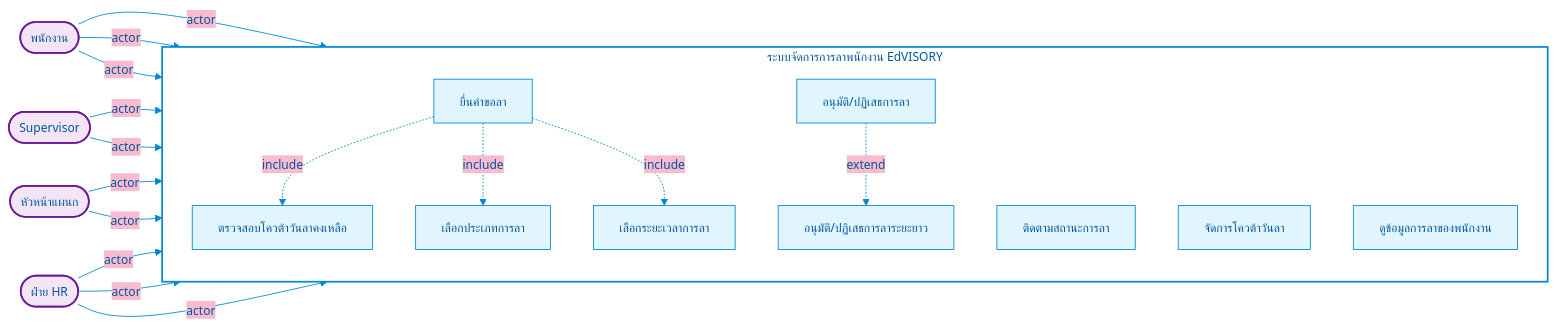
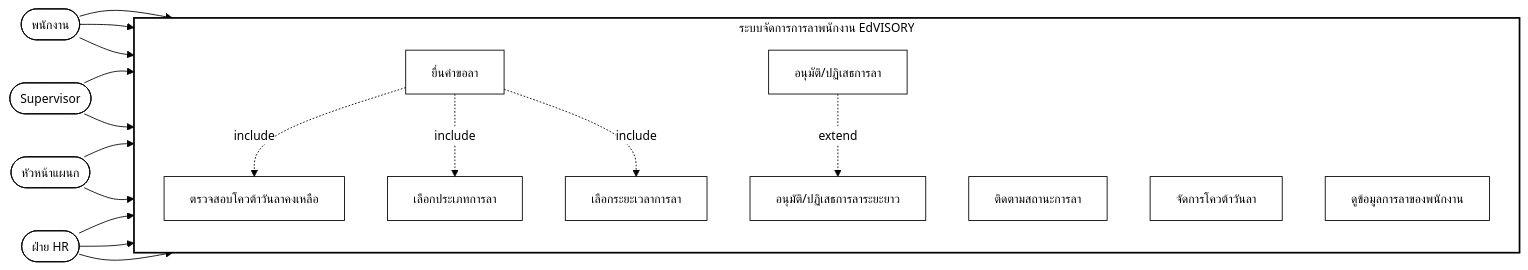
Before and after one commit to TezukaStar/employee-leave-management-system: the diagram in diagrams/mermaid/use-case-diagram.mmd, drawn with Mermaid. The commit also changed 19 other files, not shown here.

Commit message:
add diagram svg and README.md all diagram

```diff
--- a/diagrams/mermaid/use-case-diagram.mmd
+++ b/diagrams/mermaid/use-case-diagram.mmd
@@ -1,49 +1,39 @@
----
-config:
-  theme: base
-  themeVariables:
-    primaryColor: '#e1f5fe'
-    primaryTextColor: '#01579b'
-    primaryBorderColor: '#0288d1'
-    lineColor: '#0288d1'
-    secondaryColor: '#f8bbd0'
-    tertiaryColor: '#fff'
-    fontSize: 14px
-  layout: fixed
----
+%%{init: {
+  'theme': 'base',
+  'themeVariables': {
+    'primaryColor': '#ffffff',
+    'primaryTextColor': '#000000',
+    'primaryBorderColor': '#000000',
+    'lineColor': '#000000',
+    'secondaryColor': '#ffffff',
+    'tertiaryColor': '#ffffff',
+    'fontSize': '14px'
+  },
+  'layout': 'fixed'
+}}%%
+
 flowchart LR
+ classDef white fill:#ffffff,stroke:#000000
+ classDef whiteWithBold stroke:#000000,stroke-width:2px
+ 
  subgraph System["ระบบจัดการการลาพนักงาน EdVISORY"]
     direction TB
         UC1["ตรวจสอบโควต้าวันลาคงเหลือ"]
         UC2["ยื่นคำขอลา"]
         UC3["เลือกประเภทการลา"]
         UC4["เลือกระยะเวลาการลา"]
         UC5["ติดตามสถานะการลา"]
         UC6["อนุมัติ/ปฏิเสธการลา"]
         UC7["อนุมัติ/ปฏิเสธการลาระยะยาว"]
         UC8["จัดการโควต้าวันลา"]
         UC9["ดูข้อมูลการลาของพนักงาน"]
   end
-    Employee(["พนักงาน"]) -- actor --> UC1 & UC2 & UC5
-    Supervisor(["Supervisor"]) -- actor --> UC6 & UC9
-    DeptHead(["หัวหน้าแผนก"]) -- actor --> UC7 & UC9
-    HR(["ฝ่าย HR"]) -- actor --> UC6 & UC8 & UC9
+    Employee(["พนักงาน"]) --> UC1 & UC2 & UC5
+    Supervisor(["Supervisor"]) --> UC6 & UC9
+    DeptHead(["หัวหน้าแผนก"]) --> UC7 & UC9
+    HR(["ฝ่าย HR"]) --> UC6 & UC8 & UC9
     UC2 -. include .-> UC3 & UC4 & UC1
     UC6 -. extend .-> UC7
-     UC1:::usecase
-     UC2:::usecase
-     UC3:::usecase
-     UC4:::usecase
-     UC5:::usecase
-     UC6:::usecase
-     UC7:::usecase
-     UC8:::usecase
-     UC9:::usecase
-     Employee:::actor
-     Supervisor:::actor
-     DeptHead:::actor
-     HR:::actor
-     System:::system
-    classDef actor fill:#f3e5f5,stroke:#6a1b9a,stroke-width:2px
-    classDef usecase fill:#e1f5fe,stroke:#0288d1,stroke-width:1px,color:#01579b
-    classDef system fill:#ffffff,stroke:#0288d1,stroke-width:2px,color:#01579b
+    
+    class System whiteWithBold
+    class Employee,Supervisor,DeptHead,HR,UC1,UC2,UC3,UC4,UC5,UC6,UC7,UC8,UC9 white
```
